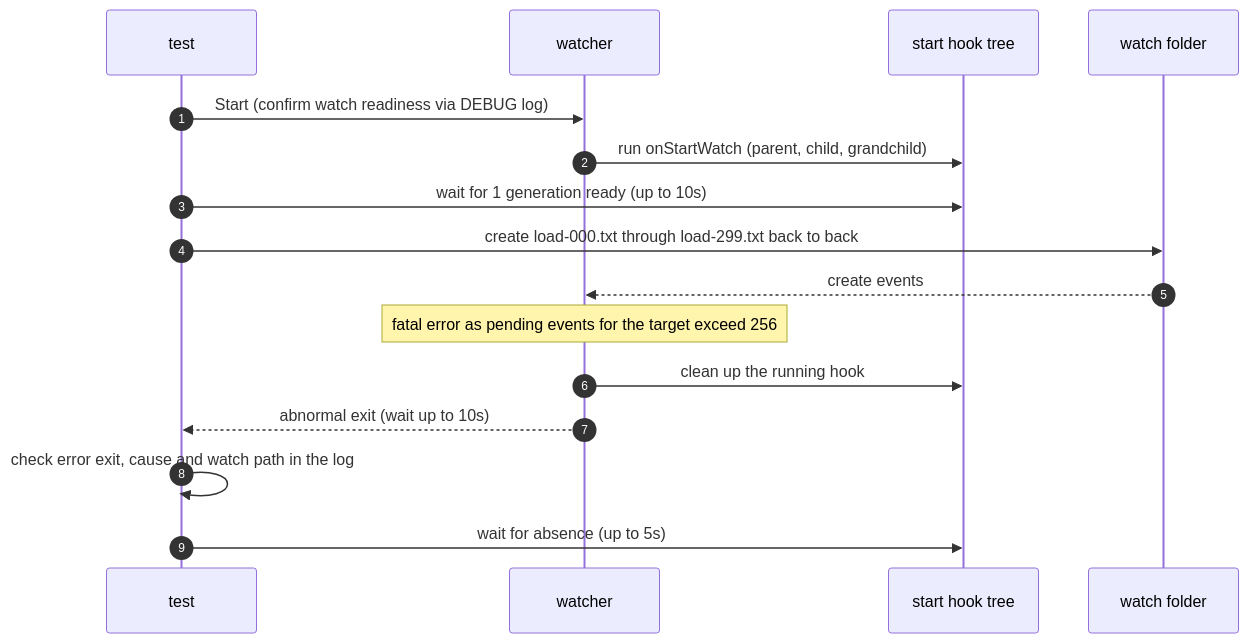
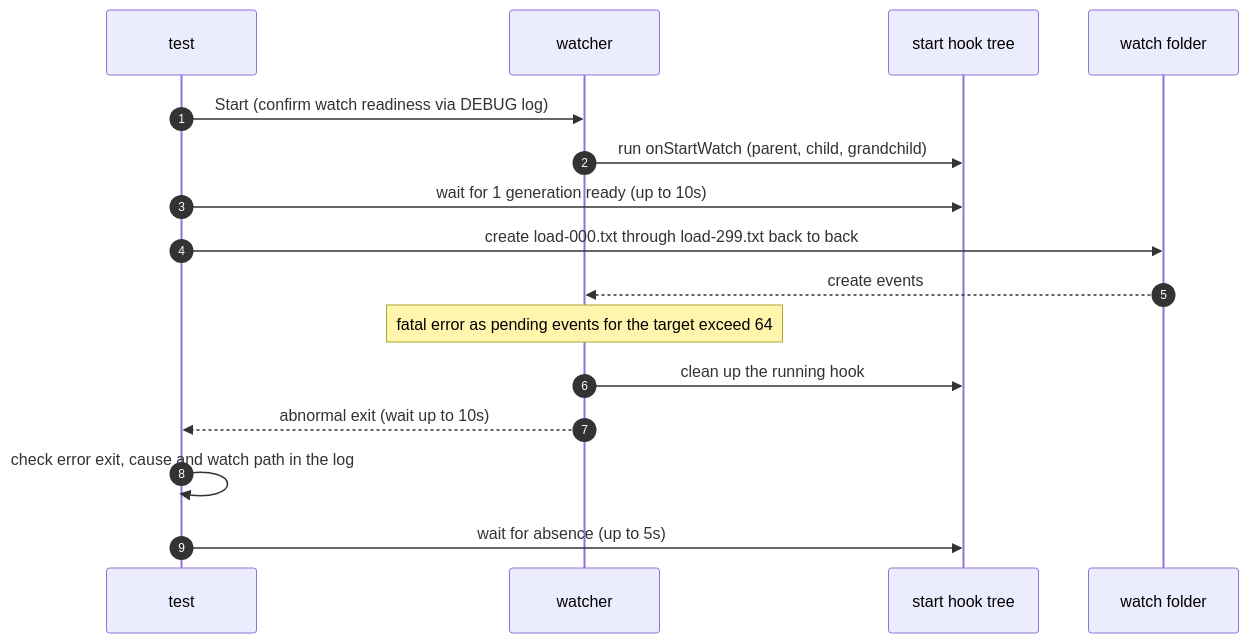
The diagram in e2e/docs/scenarios/bounded-overload-cli.md (seungyeop-lee/directory-watcher), drawn with Mermaid before and after one commit. The commit also changed other lines of this file and 41 other files, not shown here.

````diff
--- a/e2e/docs/scenarios/bounded-overload-cli.md
+++ b/e2e/docs/scenarios/bounded-overload-cli.md
@@ -24,18 +24,18 @@
 ```mermaid
 sequenceDiagram
     autonumber
     participant testCode as test
     participant watcherProc as watcher
     participant startTree as start hook tree
     participant watchDir as watch folder
     testCode->>watcherProc: Start (confirm watch readiness via DEBUG log)
     watcherProc->>startTree: run onStartWatch (parent, child, grandchild)
     testCode->>startTree: wait for 1 generation ready (up to 10s)
     testCode->>watchDir: create load-000.txt through load-299.txt back to back
     watchDir-->>watcherProc: create events
-    Note over watcherProc: fatal error as pending events for the target exceed 256
+    Note over watcherProc: fatal error as pending events for the target exceed 64
     watcherProc->>startTree: clean up the running hook
     watcherProc-->>testCode: abnormal exit (wait up to 10s)
     testCode->>testCode: check error exit, cause and watch path in the log
     testCode->>startTree: wait for absence (up to 5s)
 ```
````
